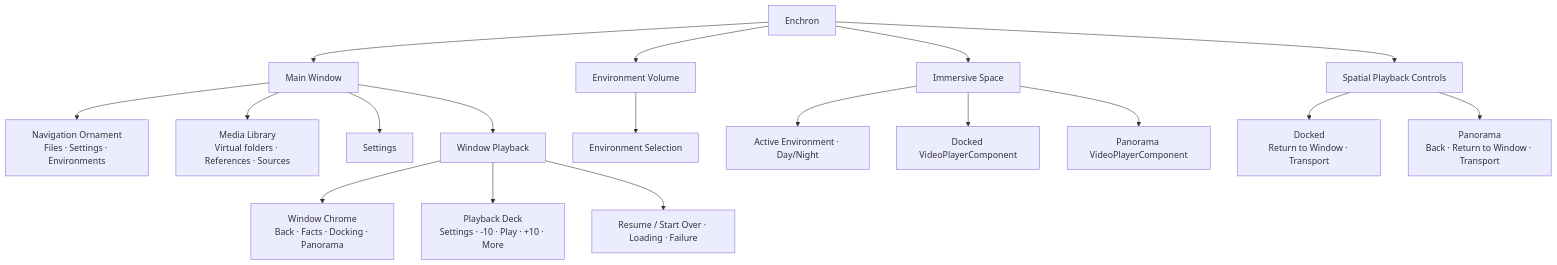
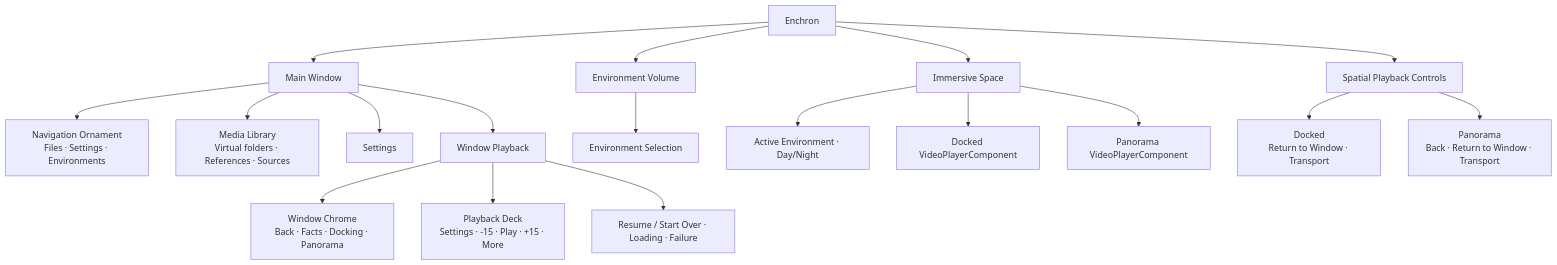
Before and after one commit to 1873663116/Enchron: the first of 2 diagrams in docs/ui/README.md, drawn with Mermaid. The commit also changed other lines of this file and 30 other files, not shown here.

````diff
--- a/docs/ui/README.md
+++ b/docs/ui/README.md
@@ -5,23 +5,23 @@
 ```mermaid
 flowchart TD
     App["Enchron"] --> Main["Main Window"]
     App --> Volume["Environment Volume"]
     App --> Space["Immersive Space"]
     App --> Controls["Spatial Playback Controls"]
 
     Main --> Nav["Navigation Ornament\nFiles · Settings · Environments"]
     Main --> Files["Media Library\nVirtual folders · References · Sources"]
     Main --> Settings["Settings"]
     Main --> WindowPlayback["Window Playback"]
 
     WindowPlayback --> Top["Window Chrome\nBack · Facts · Docking · Panorama"]
-    WindowPlayback --> Deck["Playback Deck\nSettings · -10 · Play · +10 · More"]
+    WindowPlayback --> Deck["Playback Deck\nSettings · -15 · Play · +15 · More"]
     WindowPlayback --> Overlay["Resume / Start Over · Loading · Failure"]
 
     Volume --> Carousel["Environment Selection"]
     Space --> Environment["Active Environment · Day/Night"]
     Space --> Docked["Docked VideoPlayerComponent"]
     Space --> Panorama["Panorama VideoPlayerComponent"]
     Controls --> DockedDeck["Docked\nReturn to Window · Transport"]
     Controls --> PanoramaDeck["Panorama\nBack · Return to Window · Transport"]
 ```
````
